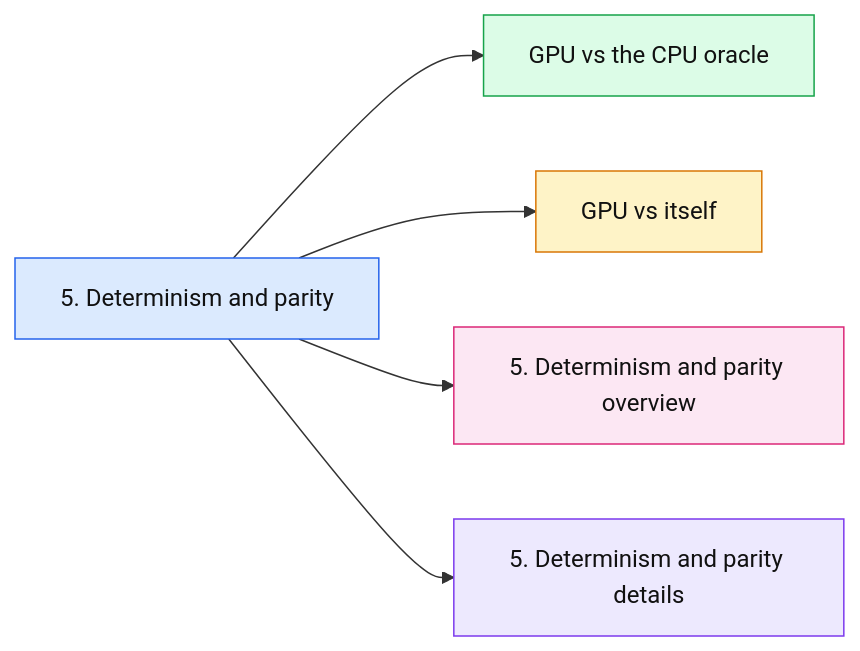
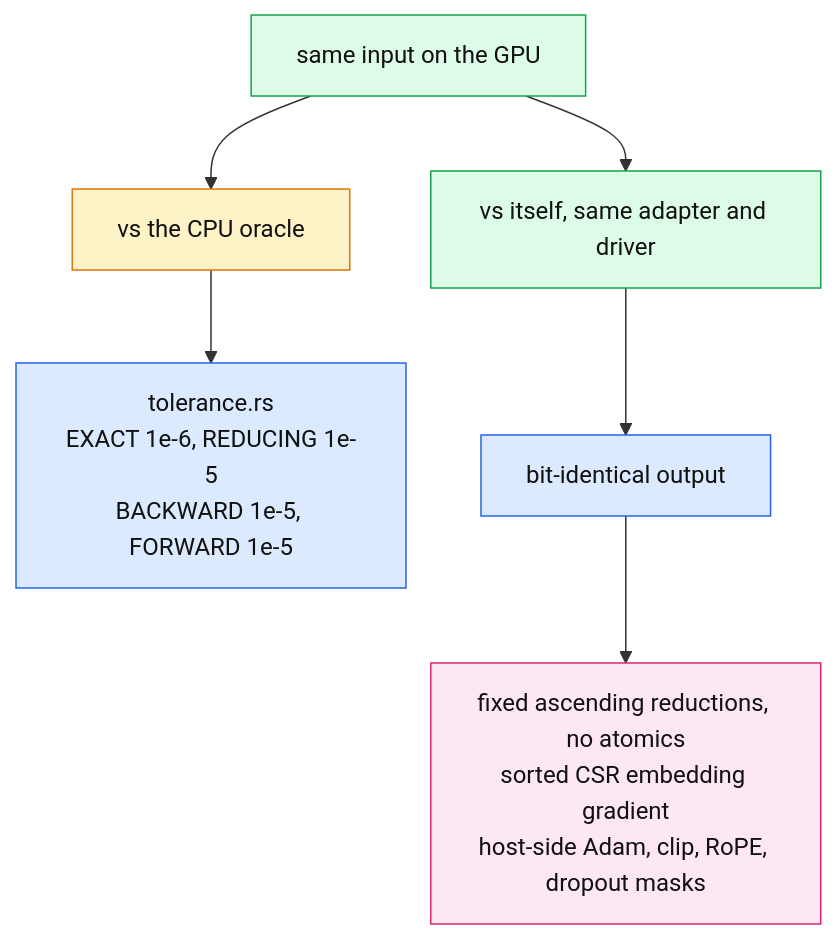
One commit to thomascherickal/ferrum-gpu changed the eighth of 17 diagrams in docs/architecture.md. Above: the diagram before and after it, drawn with Mermaid. The commit also changed other lines of this file and 4 other files, not shown here.

First line of the commit message:
docs: hand-drawn data-flow diagrams for the readme, architecture and GUI pages

````diff
--- a/docs/architecture.md
+++ b/docs/architecture.md
@@ -167,13 +227,13 @@
 ```mermaid
-flowchart LR
-    a["5. Determinism and parity"]:::root
-    a --> n0["GPU vs the CPU oracle"]:::c0
-    a --> n1["GPU vs itself"]:::c1
-    a --> n2["5. Determinism and parity overview"]:::c2
-    a --> n3["5. Determinism and parity details"]:::c3
-    classDef root fill:#dbeafe,stroke:#2563eb,color:#111
-    classDef c0 fill:#dcfce7,stroke:#16a34a,color:#111
-    classDef c1 fill:#fef3c7,stroke:#d97706,color:#111
-    classDef c2 fill:#fce7f3,stroke:#db2777,color:#111
-    classDef c3 fill:#ede9fe,stroke:#7c3aed,color:#111
+flowchart TD
+    run["same input on the GPU"]:::gpu --> a["vs the CPU oracle"]:::cpu
+    run --> b["vs itself, same adapter and driver"]:::gpu
+    a --> tol["tolerance.rs<br/>EXACT 1e-6, REDUCING 1e-5<br/>BACKWARD 1e-5, FORWARD 1e-5"]:::core
+    b --> bits["bit-identical output"]:::core
+    bits --> how["fixed ascending reductions, no atomics<br/>sorted CSR embedding gradient<br/>host-side Adam, clip, RoPE, dropout masks"]:::io
+    classDef core fill:#dbeafe,stroke:#2563eb,color:#111
+    classDef gpu fill:#dcfce7,stroke:#16a34a,color:#111
+    classDef cpu fill:#fef3c7,stroke:#d97706,color:#111
+    classDef io fill:#fce7f3,stroke:#db2777,color:#111
+    classDef host fill:#ede9fe,stroke:#7c3aed,color:#111
 ```
````
